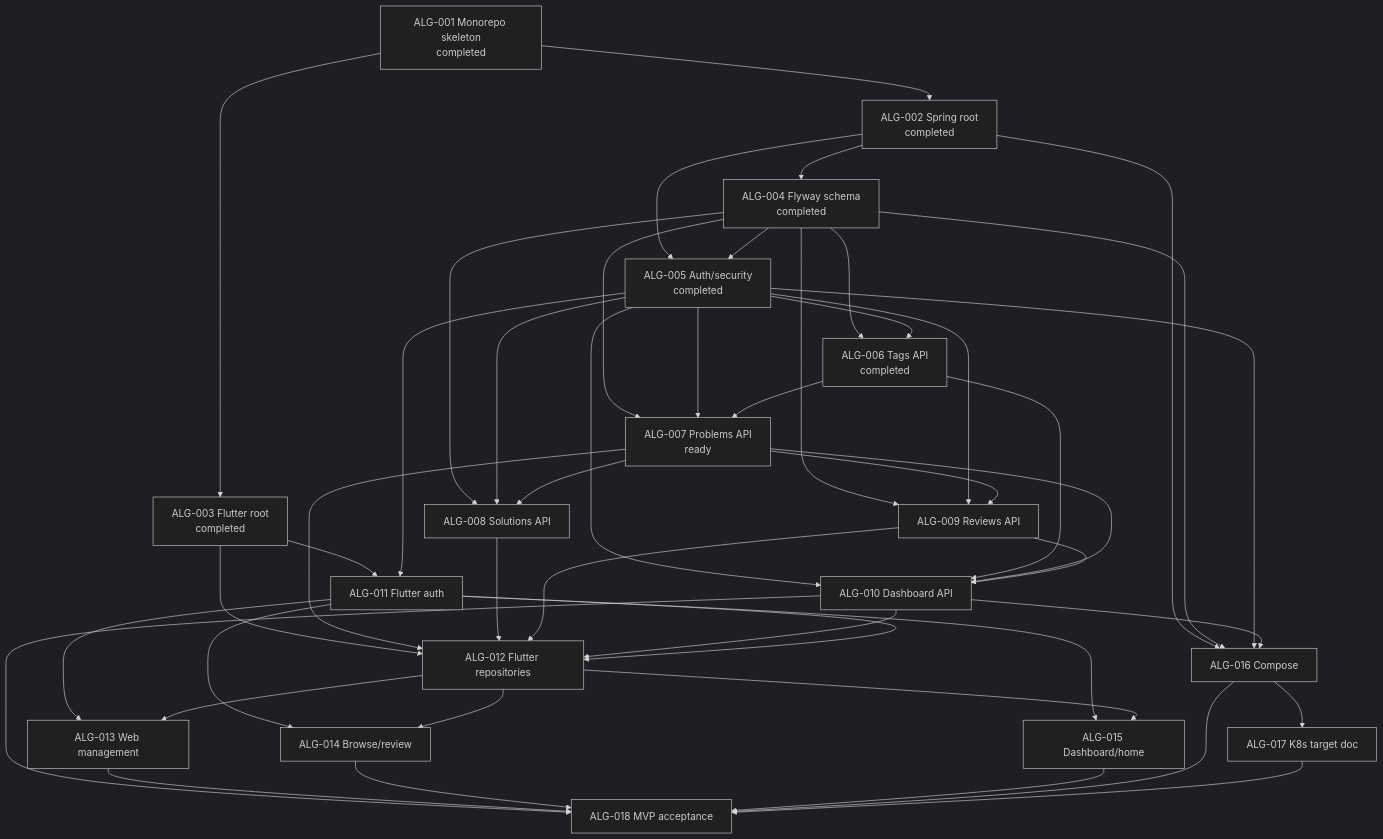
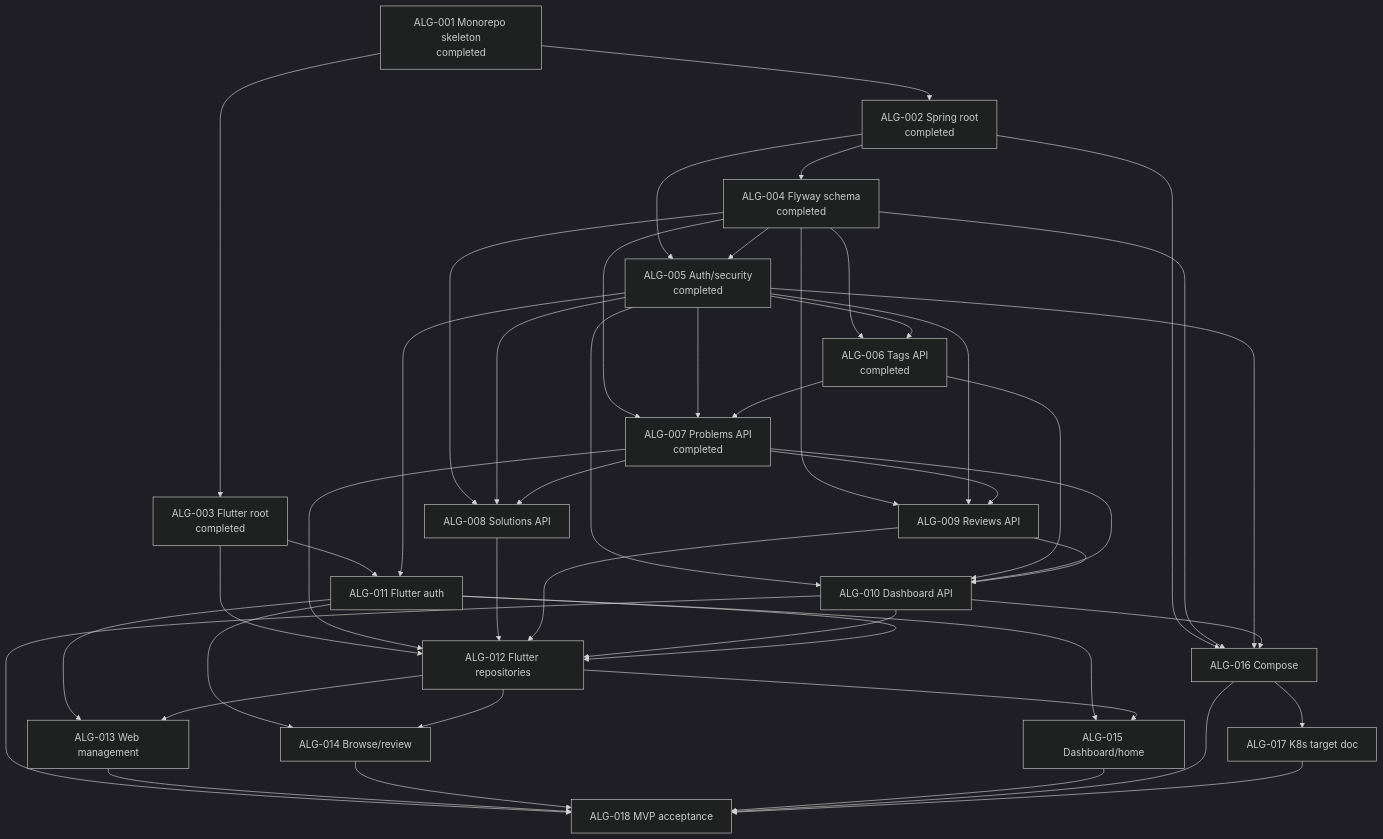
One commit to allenljf/algorithm-learning changed the diagram in agent-workflow/WORK_GRAPH.md. Above: the diagram before and after it, drawn with Mermaid (dark theme). The commit also changed 23 other files, not shown here.

````diff
--- a/agent-workflow/WORK_GRAPH.md
+++ b/agent-workflow/WORK_GRAPH.md
@@ -3,67 +3,67 @@
 ```mermaid
 flowchart TD
   T1[ALG-001 Monorepo skeleton\ncompleted]
   T2[ALG-002 Spring root\ncompleted]
   T3[ALG-003 Flutter root\ncompleted]
   T4[ALG-004 Flyway schema\ncompleted]
   T5[ALG-005 Auth/security\ncompleted]
   T6[ALG-006 Tags API\ncompleted]
-  T7[ALG-007 Problems API\nready]
+  T7[ALG-007 Problems API\ncompleted]
   T8[ALG-008 Solutions API]
   T9[ALG-009 Reviews API]
   T10[ALG-010 Dashboard API]
   T11[ALG-011 Flutter auth]
   T12[ALG-012 Flutter repositories]
   T13[ALG-013 Web management]
   T14[ALG-014 Browse/review]
   T15[ALG-015 Dashboard/home]
   T16[ALG-016 Compose]
   T17[ALG-017 K8s target doc]
   T18[ALG-018 MVP acceptance]
 
   T1 --> T2
   T1 --> T3
   T2 --> T4
   T2 --> T5
   T4 --> T5
   T4 --> T6
   T5 --> T6
   T4 --> T7
   T5 --> T7
   T6 --> T7
   T4 --> T8
   T5 --> T8
   T7 --> T8
   T4 --> T9
   T5 --> T9
   T7 --> T9
   T5 --> T10
   T6 --> T10
   T7 --> T10
   T9 --> T10
   T3 --> T11
   T5 --> T11
   T3 --> T12
   T7 --> T12
   T8 --> T12
   T9 --> T12
   T10 --> T12
   T11 --> T12
   T11 --> T13
   T12 --> T13
   T11 --> T14
   T12 --> T14
   T11 --> T15
   T12 --> T15
   T2 --> T16
   T4 --> T16
   T5 --> T16
   T10 --> T16
   T16 --> T17
   T10 --> T18
   T13 --> T18
   T14 --> T18
   T15 --> T18
   T16 --> T18
   T17 --> T18
 ```
````
